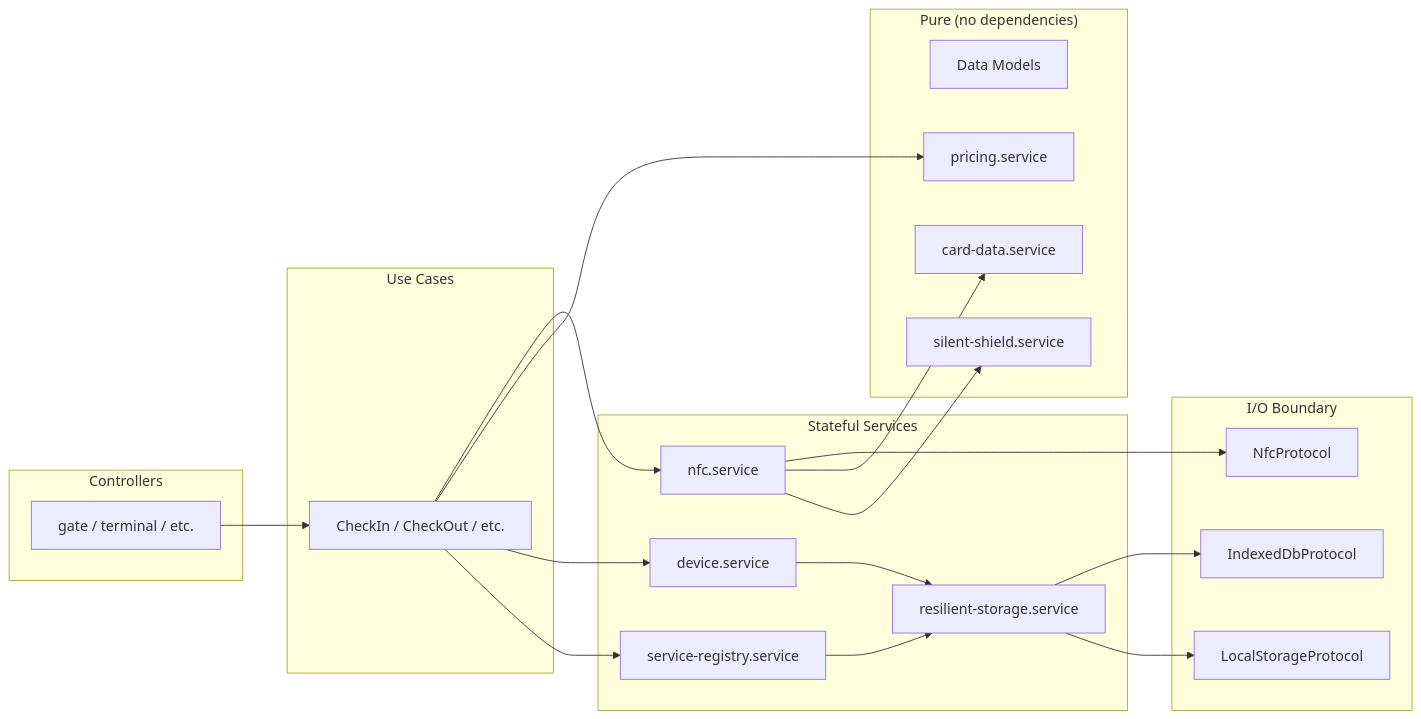
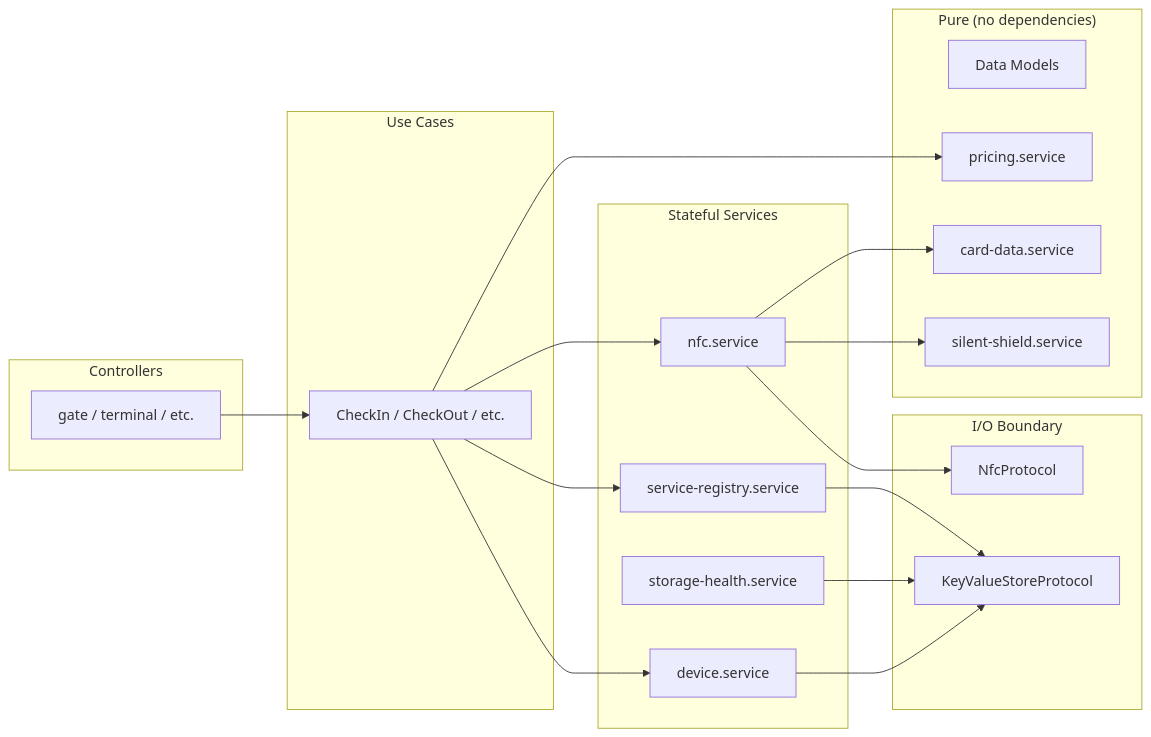
One commit to widdestoyud/assesment-s1-2026 changed the second of 2 diagrams in docs/wiki/membership-benefit-card/01-Architecture/Clean-Architecture.md. Above: the diagram before and after it, drawn with Mermaid. The commit also changed other lines of this file and 23 other files, not shown here.

First line of the commit message:
chore(mbc): Update agents, specs, wiki docs, and storage architecture (#35)

````diff
--- a/docs/wiki/membership-benefit-card/01-Architecture/Clean-Architecture.md
+++ b/docs/wiki/membership-benefit-card/01-Architecture/Clean-Architecture.md
@@ -99,43 +99,41 @@
 ```mermaid
 graph LR
     subgraph Pure["Pure (no dependencies)"]
         Models[Data Models]
         Pricing[pricing.service]
         CardData[card-data.service]
         Shield[silent-shield.service]
     end
 
     subgraph IOBoundary["I/O Boundary"]
         NfcProto[NfcProtocol]
-        IdbProto[IndexedDbProtocol]
-        LsProto[LocalStorageProtocol]
+        KvProto[KeyValueStoreProtocol]
     end
 
     subgraph Stateful["Stateful Services"]
         NfcSvc[nfc.service]
         DevSvc[device.service]
-        ResSvc[resilient-storage.service]
+        HealthSvc[storage-health.service]
         RegSvc[service-registry.service]
     end
 
     subgraph UC["Use Cases"]
         UseCases[CheckIn / CheckOut / etc.]
     end
 
     subgraph Ctrl["Controllers"]
         Controllers[gate / terminal / etc.]
     end
 
     NfcSvc --> NfcProto
     NfcSvc --> CardData
     NfcSvc --> Shield
-    ResSvc --> IdbProto
-    ResSvc --> LsProto
-    DevSvc --> ResSvc
-    RegSvc --> ResSvc
+    DevSvc --> KvProto
+    HealthSvc --> KvProto
+    RegSvc --> KvProto
     UseCases --> NfcSvc
     UseCases --> Pricing
     UseCases --> DevSvc
     UseCases --> RegSvc
     Controllers --> UseCases
 ```
````
